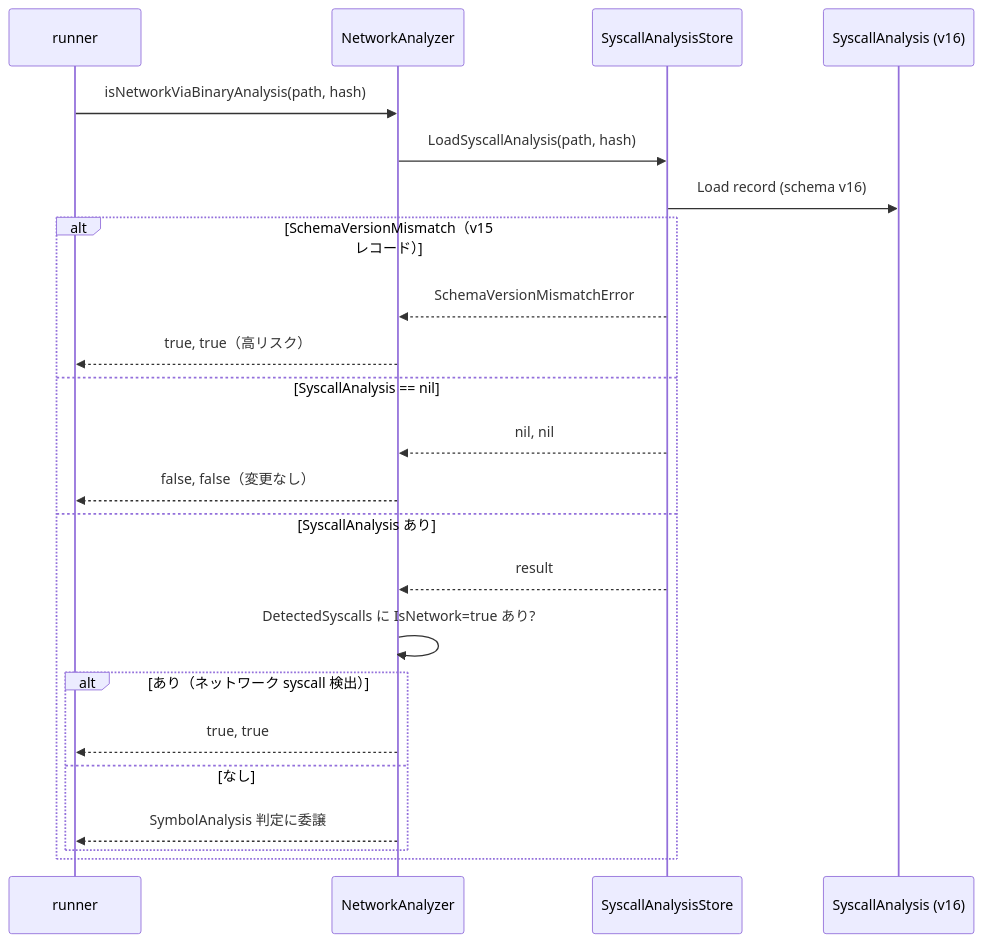
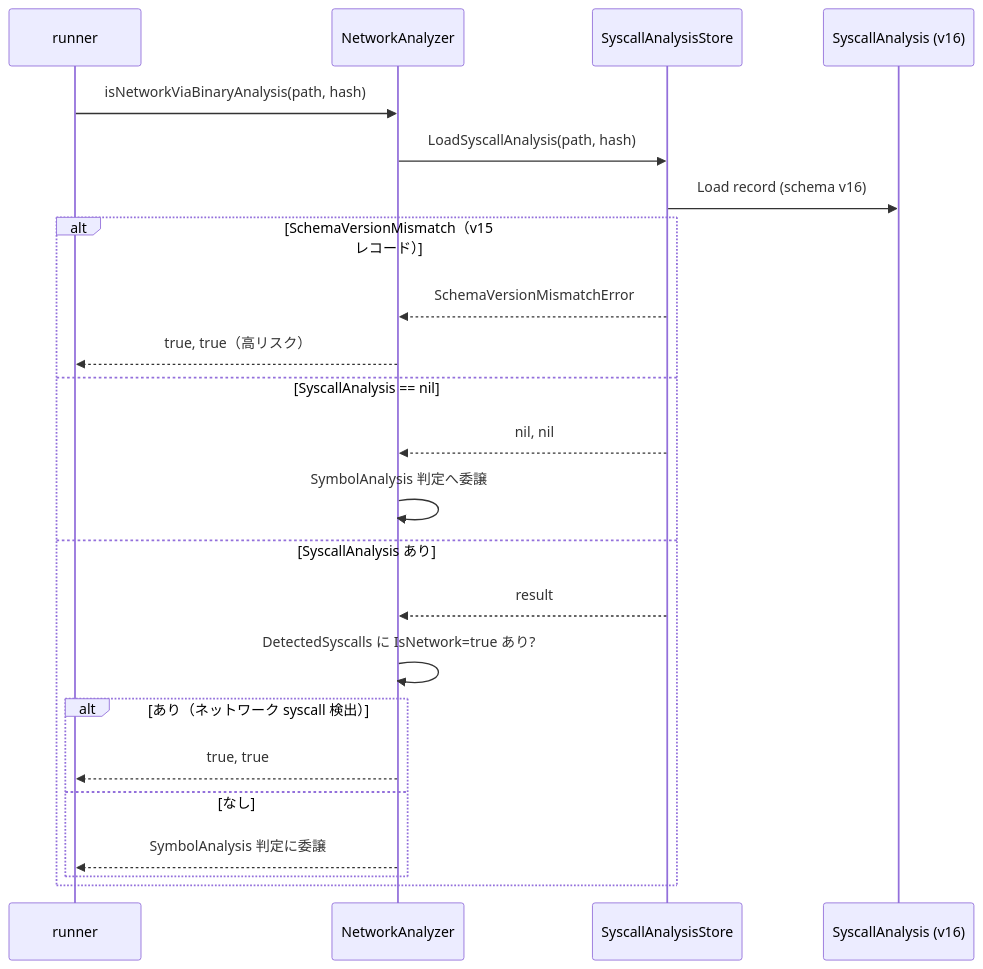
Before and after one commit to isseis/go-safe-cmd-runner: the fifth of 7 diagrams in docs/tasks/0104_macho_syscall_number_analysis/02_architecture.md, drawn with Mermaid. The commit also changed other lines of this file and 2 other files, not shown here.

Commit message:
docs(0104): integrate libSystem analysis and fix nil SyscallAnalysis delegation

````diff
--- a/docs/tasks/0104_macho_syscall_number_analysis/02_architecture.md
+++ b/docs/tasks/0104_macho_syscall_number_analysis/02_architecture.md
@@ -149,27 +158,27 @@
 ```mermaid
 sequenceDiagram
     participant R as runner
     participant NA as NetworkAnalyzer
     participant SS as SyscallAnalysisStore
     participant SA as SyscallAnalysis (v16)
 
     R->>NA: isNetworkViaBinaryAnalysis(path, hash)
     NA->>SS: LoadSyscallAnalysis(path, hash)
     SS->>SA: Load record (schema v16)
 
     alt SchemaVersionMismatch（v15 レコード）
         SS-->>NA: SchemaVersionMismatchError
         NA-->>R: true, true（高リスク）
     else SyscallAnalysis == nil
         SS-->>NA: nil, nil
-        NA-->>R: false, false（変更なし）
+        NA->>NA: SymbolAnalysis 判定へ委譲
     else SyscallAnalysis あり
         SS-->>NA: result
         NA->>NA: DetectedSyscalls に IsNetwork=true あり?
         alt あり（ネットワーク syscall 検出）
             NA-->>R: true, true
         else なし
             NA-->>R: SymbolAnalysis 判定に委譲
         end
     end
 ```
````
